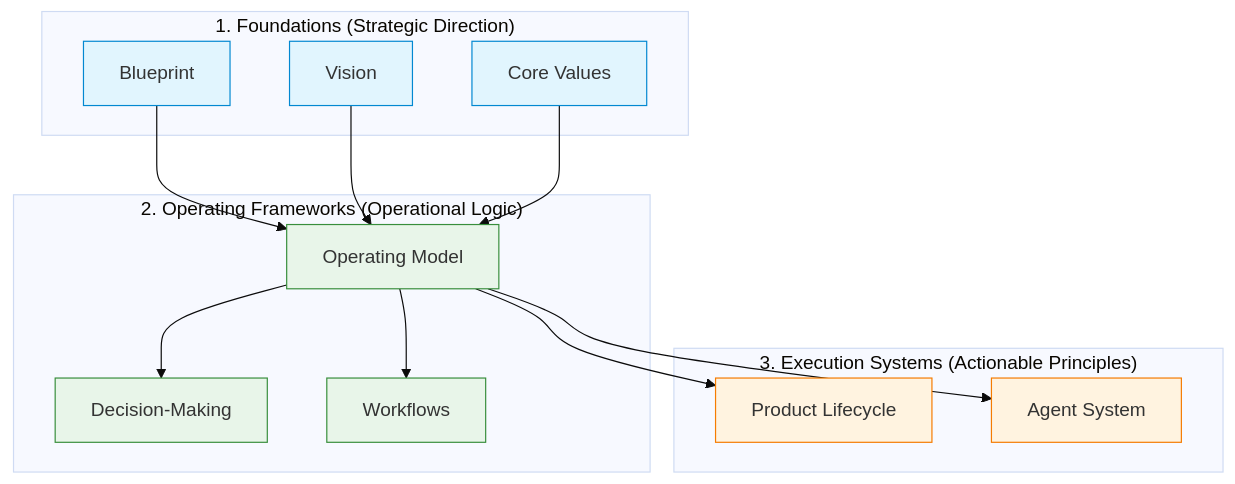
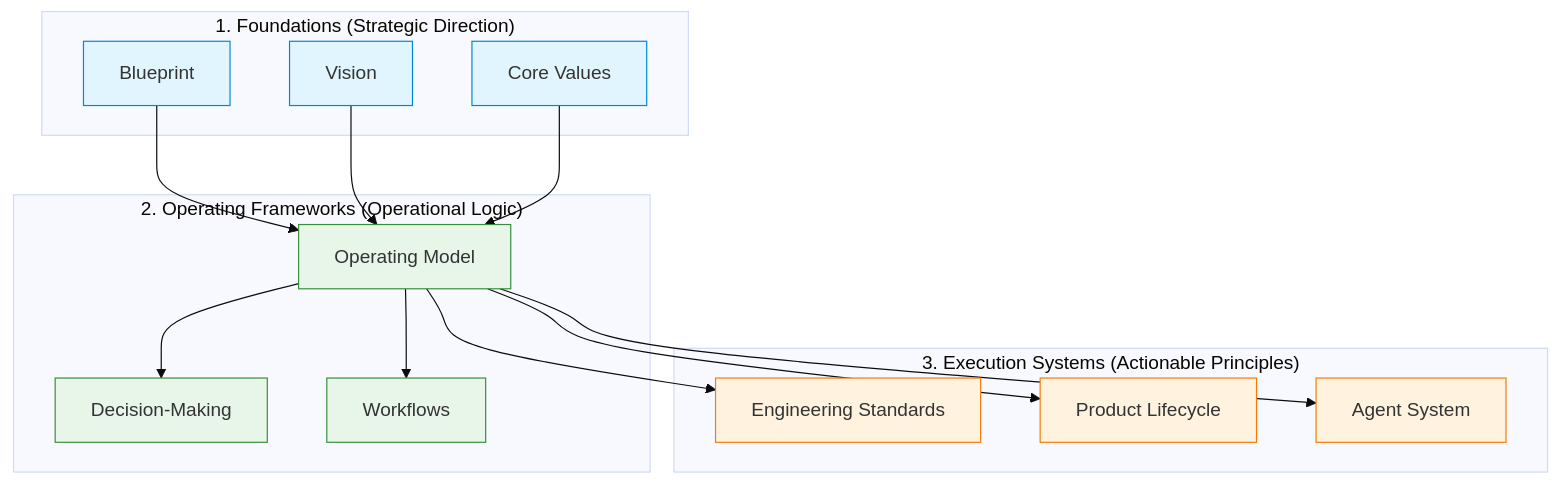
One commit to vectorlabs-studio/vectorlabs-studio changed the diagram in docs/README.md. Above: the diagram before and after it, drawn with Mermaid (base theme). The commit also changed other lines of this file, not shown here.

Commit message:
docs: include ENGINEERING_STANDARDS.md in handbook README

````diff
--- a/docs/README.md
+++ b/docs/README.md
@@ -23,32 +23,34 @@
 ```mermaid
 graph TD
     classDef default fill:#f9f9f9,stroke:#333,stroke-width:1px;
     classDef foundation fill:#e1f5fe,stroke:#0288d1,stroke-width:1px;
     classDef framework fill:#e8f5e9,stroke:#388e3c,stroke-width:1px;
     classDef execution fill:#fff3e0,stroke:#f57c00,stroke-width:1px;
 
     subgraph Foundations ["1. Foundations (Strategic Direction)"]
         blueprint["Blueprint"]:::foundation
         vision["Vision"]:::foundation
         values["Core Values"]:::foundation
     end
 
     subgraph Frameworks ["2. Operating Frameworks (Operational Logic)"]
         op_model["Operating Model"]:::framework
         dec_making["Decision-Making"]:::framework
         workflows["Workflows"]:::framework
     end
 
     subgraph Execution ["3. Execution Systems (Actionable Principles)"]
+        eng_standards["Engineering Standards"]:::execution
         lifecycle["Product Lifecycle"]:::execution
         agents["Agent System"]:::execution
     end
 
     blueprint --> op_model
     vision --> op_model
     values --> op_model
     op_model --> dec_making
     op_model --> workflows
+    op_model --> eng_standards
     op_model --> lifecycle
     op_model --> agents
 ```
````
